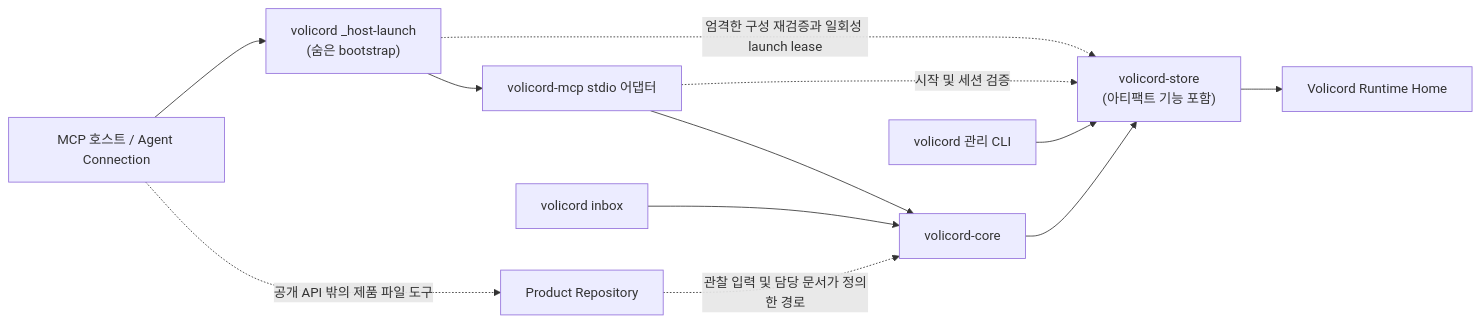
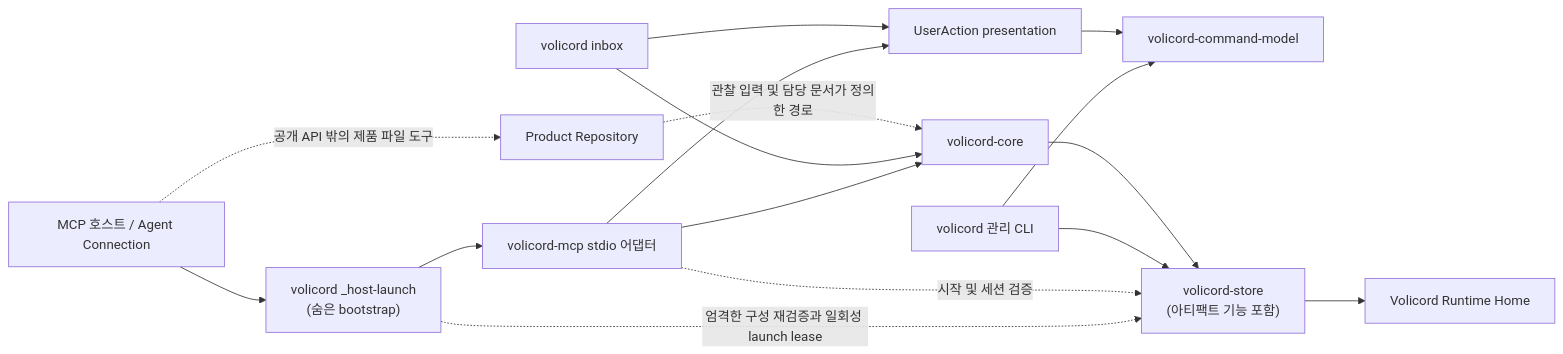
Before and after one commit to minjungw00/Volicord: the diagram in docs/ko/architecture-guide/architecture.md, drawn with Mermaid. The commit also changed other lines of this file and 36 other files, not shown here.

Commit message:
refactor(user-action): restore core adapter boundary

````diff
--- a/docs/ko/architecture-guide/architecture.md
+++ b/docs/ko/architecture-guide/architecture.md
@@ -29,22 +29,28 @@
 ```mermaid
 flowchart LR
   host["MCP 호스트 / Agent Connection"]
   launcher["volicord _host-launch<br/>(숨은 bootstrap)"]
   mcp["volicord-mcp stdio 어댑터"]
   cli["volicord 관리 CLI"]
   inbox["volicord inbox"]
+  syntax["volicord-command-model"]
+  presentation["UserAction presentation"]
   core["volicord-core"]
   store["volicord-store<br/>(아티팩트 기능 포함)"]
   runtime["Volicord Runtime Home"]
   product["Product Repository"]
 
   host --> launcher --> mcp --> core
   launcher -. 엄격한 구성 재검증과 일회성 launch lease .-> store
   mcp -. 시작 및 세션 검증 .-> store
+  mcp --> presentation
   cli --> store
+  cli --> syntax
   inbox --> core
+  inbox --> presentation
+  presentation --> syntax
   core --> store
   store --> runtime
   product -. 관찰 입력 및 담당 문서가 정의한 경로 .-> core
   host -. 공개 API 밖의 제품 파일 도구 .-> product
 ```
````
